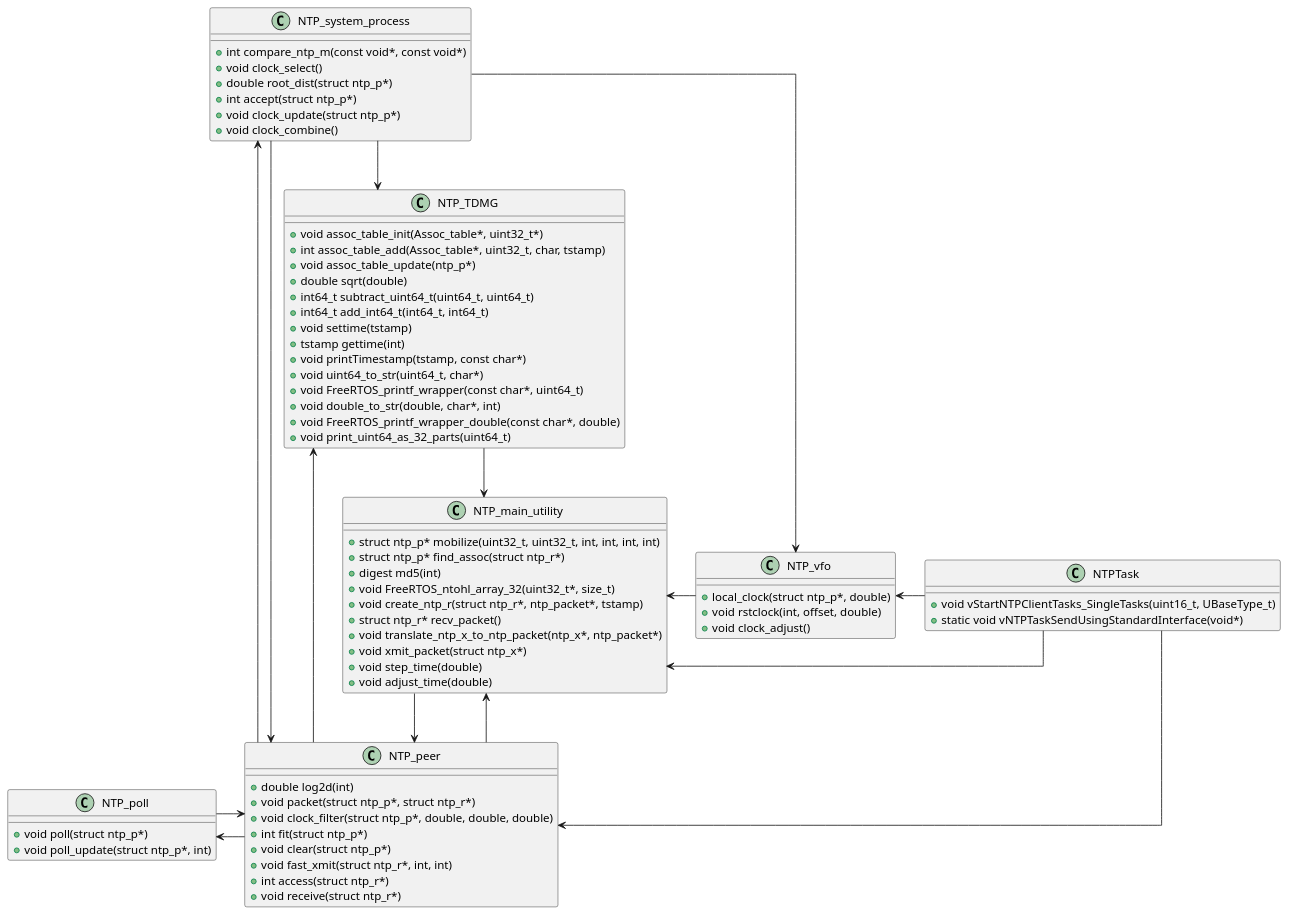
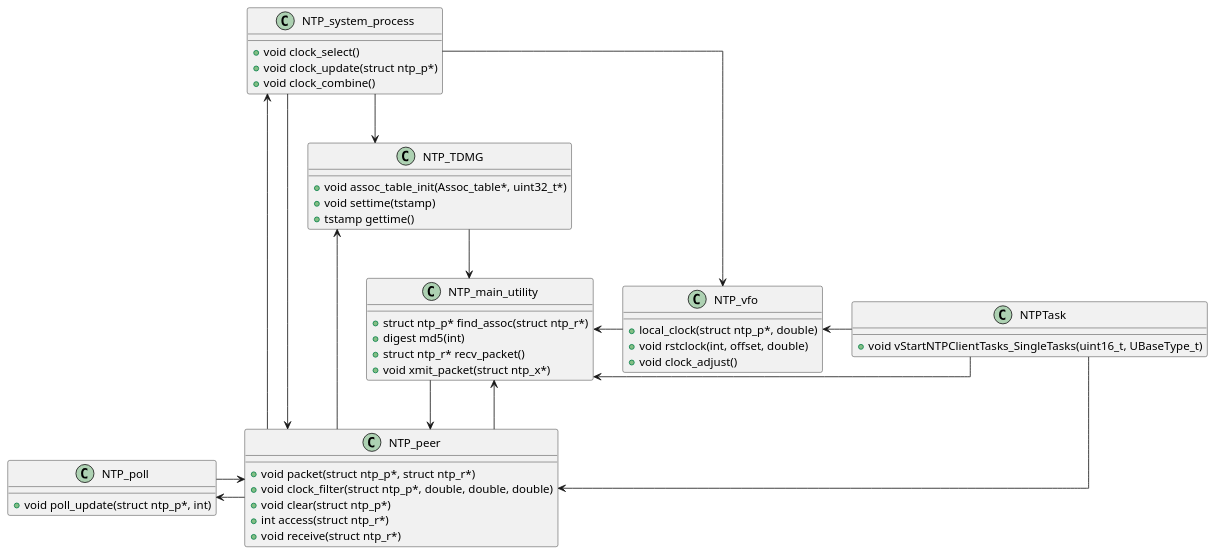
One commit to atomic-pvk/atomic-project changed the diagram in uml/classes_NTP.puml. Above: the diagram before and after it, drawn with PlantUML.

Commit message:
update classes_NTP

```diff
--- a/uml/classes_NTP.puml
+++ b/uml/classes_NTP.puml
@@ -1,93 +1,68 @@
 @startuml
 skinparam linetype ortho
 
 ' Classes definition
 class NTPTask {
     + void vStartNTPClientTasks_SingleTasks(uint16_t, UBaseType_t)
-    + static void vNTPTaskSendUsingStandardInterface(void*)
 }
 
 class NTP_main_utility {
-    + struct ntp_p* mobilize(uint32_t, uint32_t, int, int, int, int)
     + struct ntp_p* find_assoc(struct ntp_r*)
     + digest md5(int)
-    + void FreeRTOS_ntohl_array_32(uint32_t*, size_t)
-    + void create_ntp_r(struct ntp_r*, ntp_packet*, tstamp)
     + struct ntp_r* recv_packet()
-    + void translate_ntp_x_to_ntp_packet(ntp_x*, ntp_packet*)
     + void xmit_packet(struct ntp_x*)
-    + void step_time(double)
-    + void adjust_time(double)
 }
 
 class NTP_TDMG {
     + void assoc_table_init(Assoc_table*, uint32_t*)
-    + int assoc_table_add(Assoc_table*, uint32_t, char, tstamp)
-    + void assoc_table_update(ntp_p*)
-    + double sqrt(double)
-    + int64_t subtract_uint64_t(uint64_t, uint64_t)
-    + int64_t add_int64_t(int64_t, int64_t)
     + void settime(tstamp)
-    + tstamp gettime(int)
-    + void printTimestamp(tstamp, const char*)
-    + void uint64_to_str(uint64_t, char*)
-    + void FreeRTOS_printf_wrapper(const char*, uint64_t)
-    + void double_to_str(double, char*, int)
-    + void FreeRTOS_printf_wrapper_double(const char*, double)
-    + void print_uint64_as_32_parts(uint64_t)
+    + tstamp gettime()
 }
 
 class NTP_peer {
-    + double log2d(int)
     + void packet(struct ntp_p*, struct ntp_r*)
     + void clock_filter(struct ntp_p*, double, double, double)
-    + int fit(struct ntp_p*)
     + void clear(struct ntp_p*)
-    + void fast_xmit(struct ntp_r*, int, int)
     + int access(struct ntp_r*)
     + void receive(struct ntp_r*)
 }
 
 class NTP_poll {
-    + void poll(struct ntp_p*)
     + void poll_update(struct ntp_p*, int)
 }
 
 class NTP_system_process {
-    + int compare_ntp_m(const void*, const void*)
     + void clock_select()
-    + double root_dist(struct ntp_p*)
-    + int accept(struct ntp_p*)
     + void clock_update(struct ntp_p*)
     + void clock_combine()
 }
 
  class NTP_vfo {
     + local_clock(struct ntp_p*, double)
     + void rstclock(int, offset, double)
     + void clock_adjust()
 }
 
 ' Relationships
 NTPTask -left-> NTP_main_utility
 NTPTask -down-> NTP_peer
 NTPTask -left-> NTP_vfo
 
 NTP_main_utility -left-> NTP_peer
 NTP_main_utility -left-> NTP_TDMG.c
 
 NTP_TDMG -down-> NTP_main_utility
 
 NTP_poll -right-> NTP_peer
 
 NTP_peer -left-> NTP_TDMG
 NTP_peer -left-> NTP_poll
 NTP_peer -left-> NTP_system_process
 NTP_peer -right-> NTP_main_utility
 
 NTP_system_process -down-> NTP_vfo
 NTP_system_process -down-> NTP_TDMG
 NTP_system_process -down-> NTP_peer
 
 NTP_vfo -left-> NTP_main_utility
 @enduml
```
